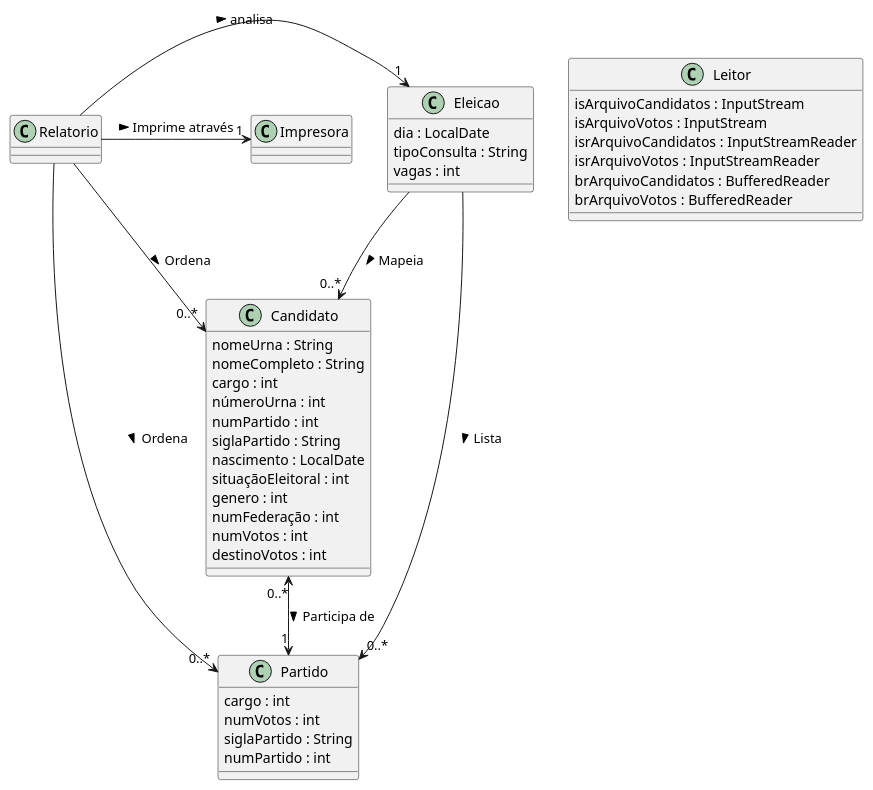
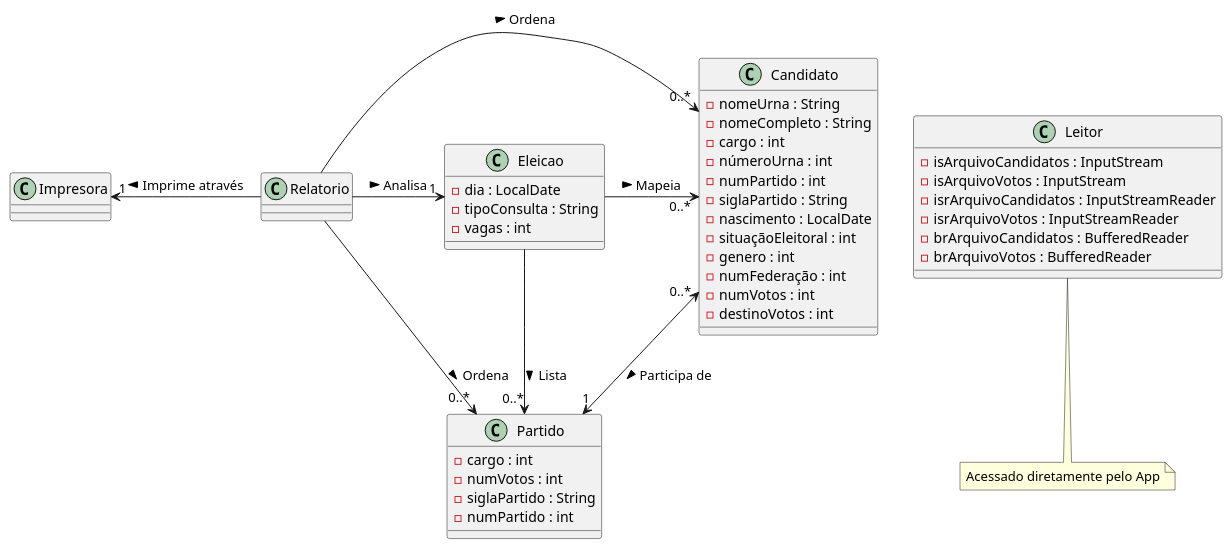
One commit to thamyadonadia/brazilian-elections-data-analysis changed the diagram in diagrama.puml. Above: the diagram before and after it, drawn with PlantUML. The commit also changed 3 other files, not shown here.

Commit message:
:memo: added final report and updated diagram

```diff
--- a/diagrama.puml
+++ b/diagrama.puml
@@ -1,53 +1,54 @@
 @startuml brazilian-elections-data-analysis
 
 Eleicao -> "0..*" Candidato : Mapeia >
 Eleicao -> "0..*" Partido : Lista >
 
 class Eleicao{
-    dia : LocalDate
-    tipoConsulta : String
-    vagas : int
+    -dia : LocalDate
+    -tipoConsulta : String
+    -vagas : int
 }
 
 class Impresora
 
 class Leitor{
-    isArquivoCandidatos : InputStream
-    isArquivoVotos : InputStream
-    isrArquivoCandidatos : InputStreamReader
-    isrArquivoVotos : InputStreamReader
-    brArquivoCandidatos : BufferedReader
-    brArquivoVotos : BufferedReader
+    -isArquivoCandidatos : InputStream
+    -isArquivoVotos : InputStream
+    -isrArquivoCandidatos : InputStreamReader
+    -isrArquivoVotos : InputStreamReader
+    -brArquivoCandidatos : BufferedReader
+    -brArquivoVotos : BufferedReader
 }
+note bottom of Leitor: Acessado diretamente pelo App
 
 Candidato "0..*" <--> "1" Partido : Participa de >
  
 class Candidato{
-    nomeUrna : String
-    nomeCompleto : String
-    cargo : int
-    númeroUrna : int
-    numPartido : int
-    siglaPartido : String
-    nascimento : LocalDate
-    situaçãoEleitoral : int
-    genero : int
-    numFederação : int
-    numVotos : int
-    destinoVotos : int
+    -nomeUrna : String
+    -nomeCompleto : String
+    -cargo : int
+    -númeroUrna : int
+    -numPartido : int
+    -siglaPartido : String
+    -nascimento : LocalDate
+    -situaçãoEleitoral : int
+    -genero : int
+    -numFederação : int
+    -numVotos : int
+    -destinoVotos : int
 }
 
 class Partido{
-    cargo : int
-    numVotos : int
-    siglaPartido : String
-    numPartido : int
+    -cargo : int
+    -numVotos : int
+    -siglaPartido : String
+    -numPartido : int
 }
 
-Relatorio -> "1" Eleicao : analisa >
-Relatorio -> "1" Impresora : Imprime através >
-Relatorio --> "0..*" Candidato : Ordena > 
+Relatorio -> "1" Eleicao : Analisa >
+Relatorio -left> "1" Impresora : Imprime através >
+Relatorio --right> "0..*" Candidato : Ordena > 
 Relatorio --> "0..*" Partido : Ordena >
 
 
 @enduml
```
